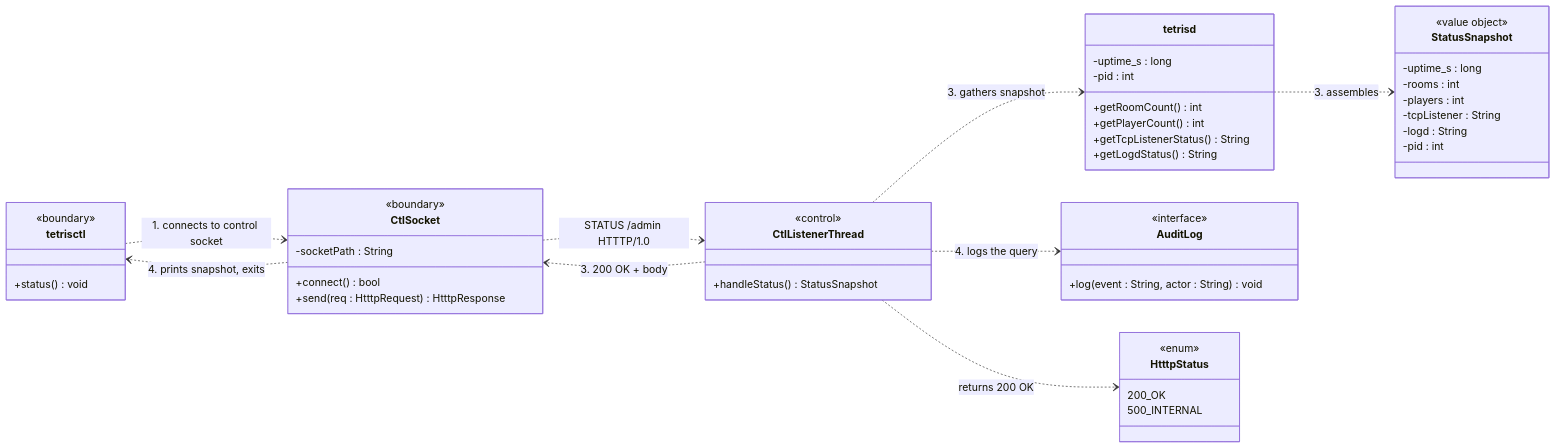
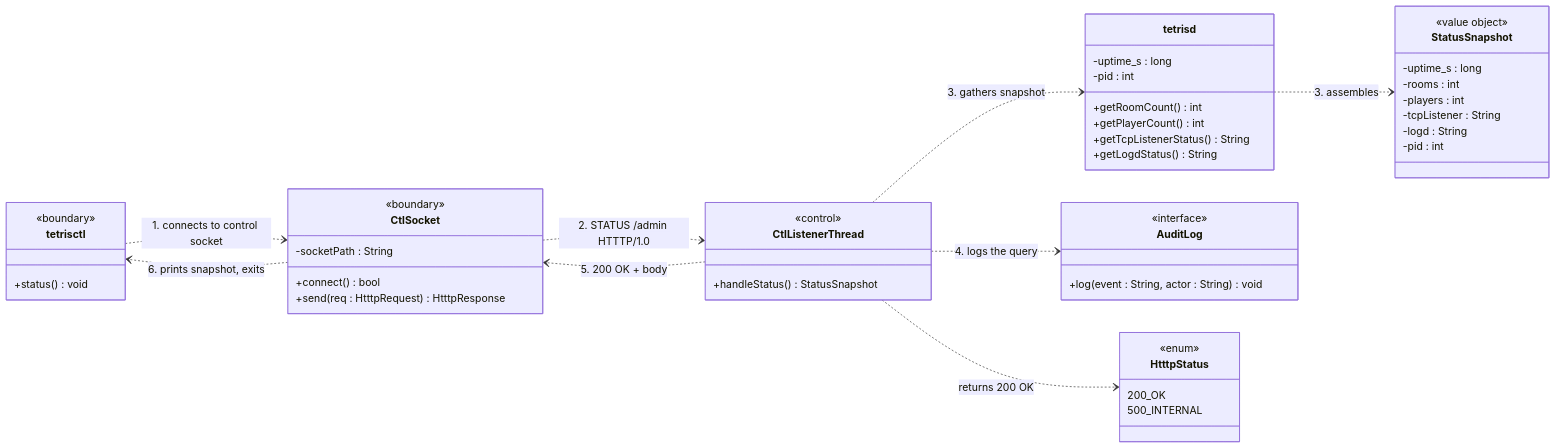
One commit to ziqiqiiii/tetriSH changed the first of 6 diagrams in docs/diagrams/use_case_diagrams/uc_diagrams_tetrisctl.md. Above: the diagram before and after it, drawn with Mermaid. The commit also changed other lines of this file, not shown here.

Commit message:
docs: fix tetrisctl use case diagrams (step numbering, GameMode enum, arrow consistency)

````diff
--- a/docs/diagrams/use_case_diagrams/uc_diagrams_tetrisctl.md
+++ b/docs/diagrams/use_case_diagrams/uc_diagrams_tetrisctl.md
@@ -20,54 +20,54 @@
 ```mermaid
 classDiagram
     direction LR
 
     class tetrisctl {
         <<boundary>>
         +status() void
     }
     class CtlSocket {
         <<boundary>>
         -socketPath : String
         +connect() bool
         +send(req : HtttpRequest) HtttpResponse
     }
     class CtlListenerThread {
         <<control>>
         +handleStatus() StatusSnapshot
     }
     class tetrisd {
         -uptime_s : long
         -pid : int
         +getRoomCount() int
         +getPlayerCount() int
         +getTcpListenerStatus() String
         +getLogdStatus() String
     }
     class StatusSnapshot {
         <<value object>>
         -uptime_s : long
         -rooms : int
         -players : int
         -tcpListener : String
         -logd : String
         -pid : int
     }
     class AuditLog {
         <<interface>>
         +log(event : String, actor : String) void
     }
     class HtttpStatus {
         <<enum>>
         200_OK
         500_INTERNAL
     }
 
     tetrisctl ..> CtlSocket : 1. connects to control socket
-    CtlSocket ..> CtlListenerThread : STATUS /admin HTTTP/1.0
+    CtlSocket ..> CtlListenerThread : 2. STATUS /admin HTTTP/1.0
     CtlListenerThread ..> tetrisd : 3. gathers snapshot
     tetrisd ..> StatusSnapshot : 3. assembles
     CtlListenerThread ..> AuditLog : 4. logs the query
     CtlListenerThread ..> HtttpStatus : returns 200 OK
-    CtlListenerThread ..> CtlSocket : 3. 200 OK + body
-    CtlSocket ..> tetrisctl : 4. prints snapshot, exits
+    CtlListenerThread ..> CtlSocket : 5. 200 OK + body
+    CtlSocket ..> tetrisctl : 6. prints snapshot, exits
 ```
````
